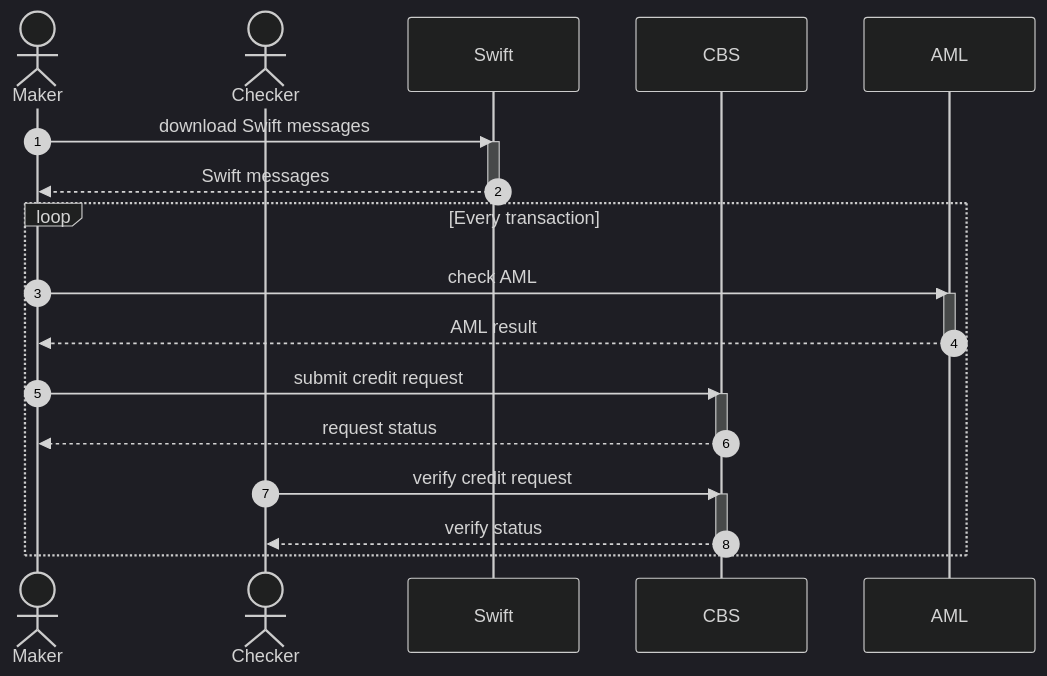
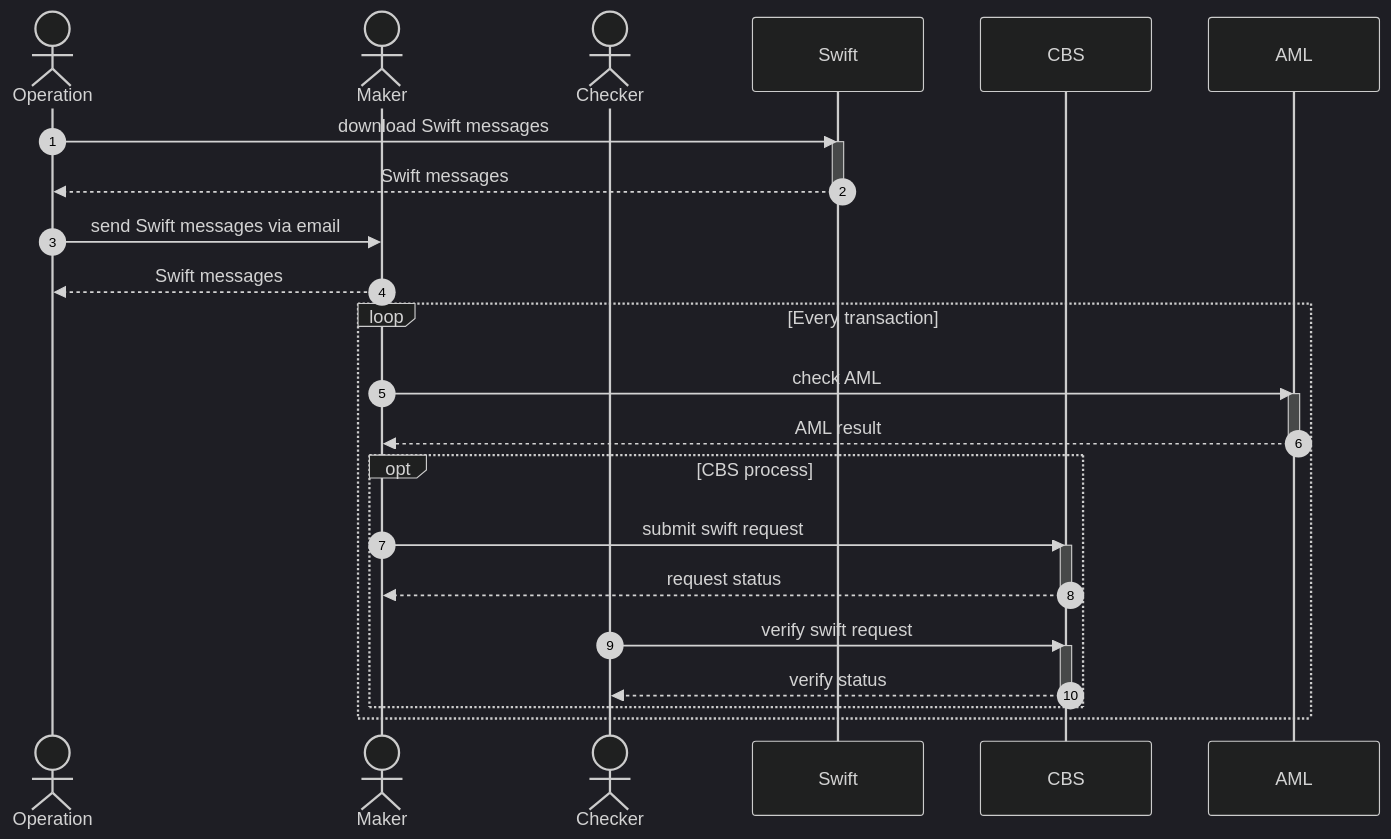
One commit to Samedy/greeter changed the seventh of 8 diagrams in readme.md. Above: the diagram before and after it, drawn with Mermaid (dark theme). The commit also changed other lines of this file and 2 other files, not shown here.

````diff
--- a/readme.md
+++ b/readme.md
@@ -192,27 +192,32 @@
 ```mermaid
 sequenceDiagram
     autonumber
+    actor Operation
     actor Maker
     actor Checker
     participant Swift
     participant CBS
     participant AML
-    Maker->>Swift: download Swift messages
+    Operation->>Swift: download Swift messages
     activate Swift
-    Swift-->>Maker: Swift messages
+    Swift-->>Operation: Swift messages
     deactivate Swift
+    Operation->>Maker: send Swift messages via email
+    Maker-->>Operation: Swift messages
     loop Every transaction
         Maker->>AML: check AML
         activate AML
         AML-->>Maker: AML result
         deactivate AML
-        Maker->>CBS: submit credit request
-        activate CBS
-        CBS-->>Maker: request status
-        deactivate CBS
-        Checker->>CBS: verify credit request
-        activate CBS
-        CBS-->>Checker: verify status
-        deactivate CBS
+        opt CBS process
+            Maker->>CBS: submit swift request
+            activate CBS
+            CBS-->>Maker: request status
+            deactivate CBS
+            Checker->>CBS: verify swift request
+            activate CBS
+            CBS-->>Checker: verify status
+            deactivate CBS
+        end
     end
 ```
````
